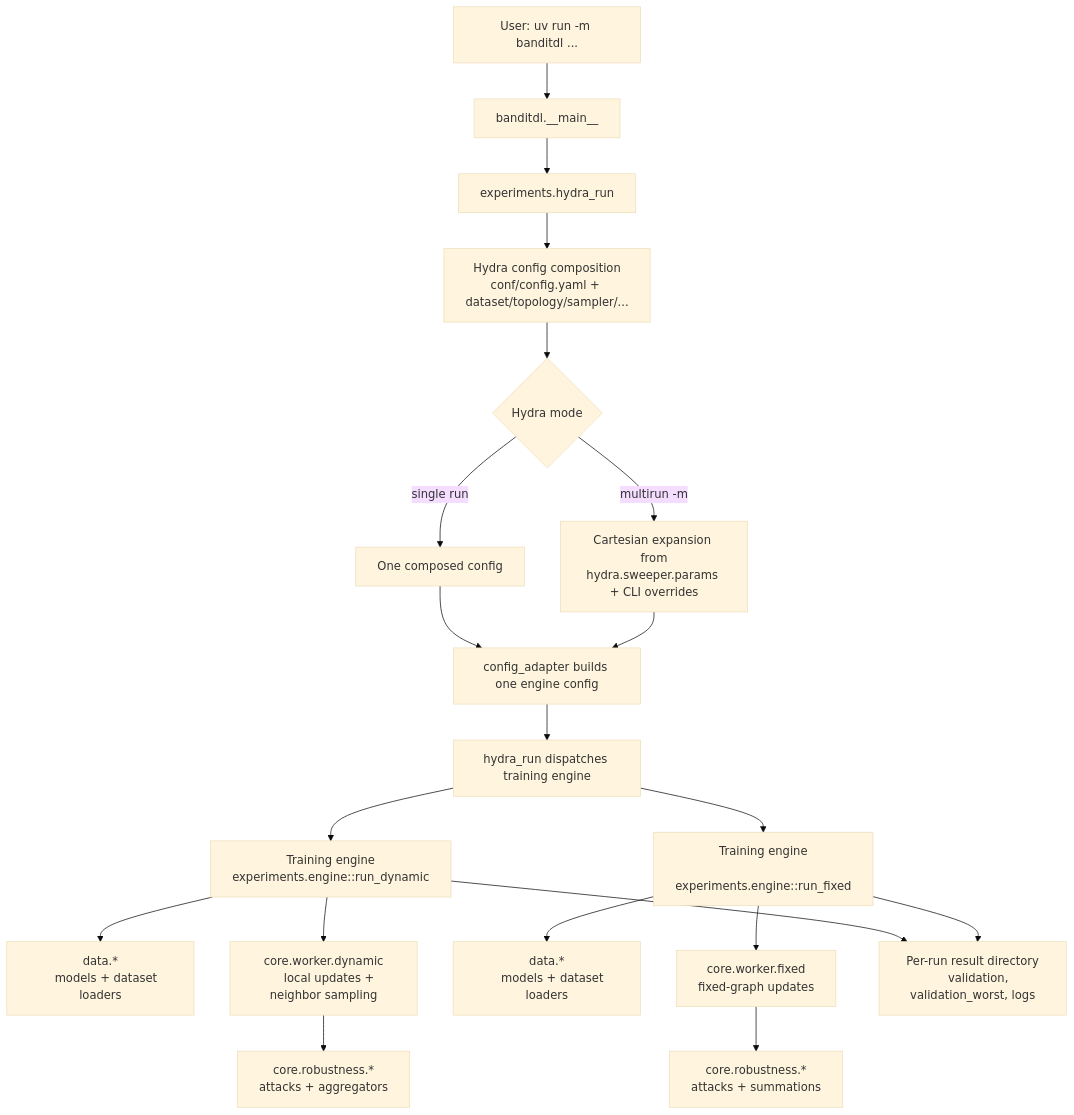
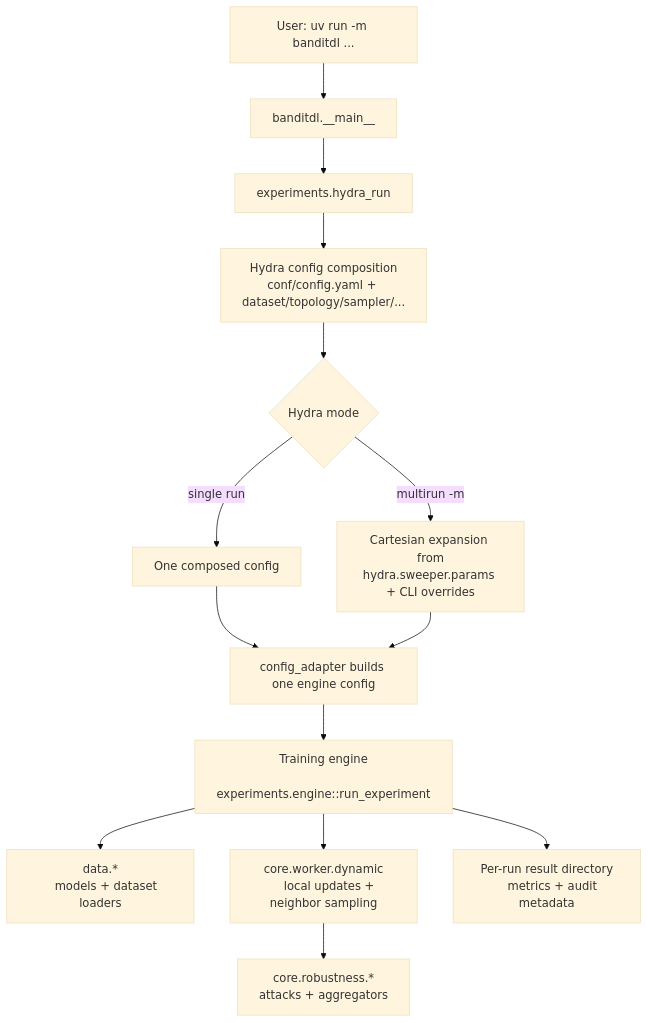
One commit to renonesopocaj/bandit-decentralized-learning changed the first of 2 diagrams in README.md. Above: the diagram before and after it, drawn with Mermaid (base theme). The commit also changed other lines of this file and 55 other files, not shown here.

````diff
--- a/README.md
+++ b/README.md
@@ -387,39 +387,27 @@
 ```mermaid
 flowchart TD
     A[User: uv run -m banditdl ...] --> B[banditdl.__main__]
     B --> C[experiments.hydra_run]
     C --> D[Hydra config composition
 conf/config.yaml + dataset/topology/sampler/...]
 
     D --> E{Hydra mode}
     E -->|single run| F[One composed config]
     E -->|multirun -m| G[Cartesian expansion from
 hydra.sweeper.params + CLI overrides]
 
     F --> H[config_adapter builds one engine config]
     G --> H
-    H --> X[hydra_run dispatches training engine]
-
-    X --> I1[Training engine
-experiments.engine::run_dynamic]
-    X --> I2[Training engine
-    experiments.engine::run_fixed]
+    H --> I1[Training engine
+    experiments.engine::run_experiment]
 
     I1 --> J1[data.*
     models + dataset loaders]
     I1 --> K1[core.worker.dynamic
     local updates + neighbor sampling]
     K1 --> L1[core.robustness.*
     attacks + aggregators]
 
-    I2 --> J2[data.*
-    models + dataset loaders]
-    I2 --> K2[core.worker.fixed
-    fixed-graph updates]
-    K2 --> L2[core.robustness.*
-    attacks + summations]
-
     I1 --> M[Per-run result directory
-    validation, validation_worst, logs]
-    I2 --> M
+    metrics + audit metadata]
 ```
````
